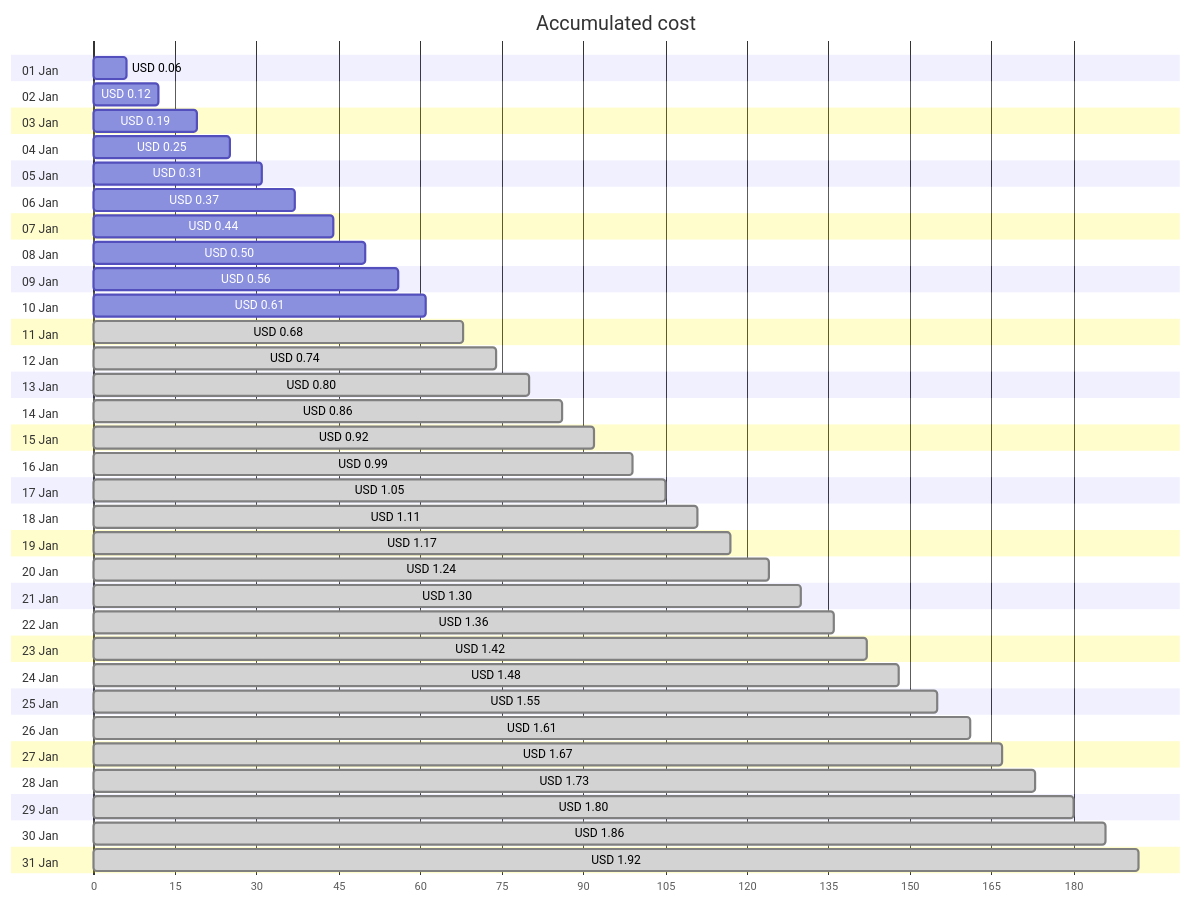
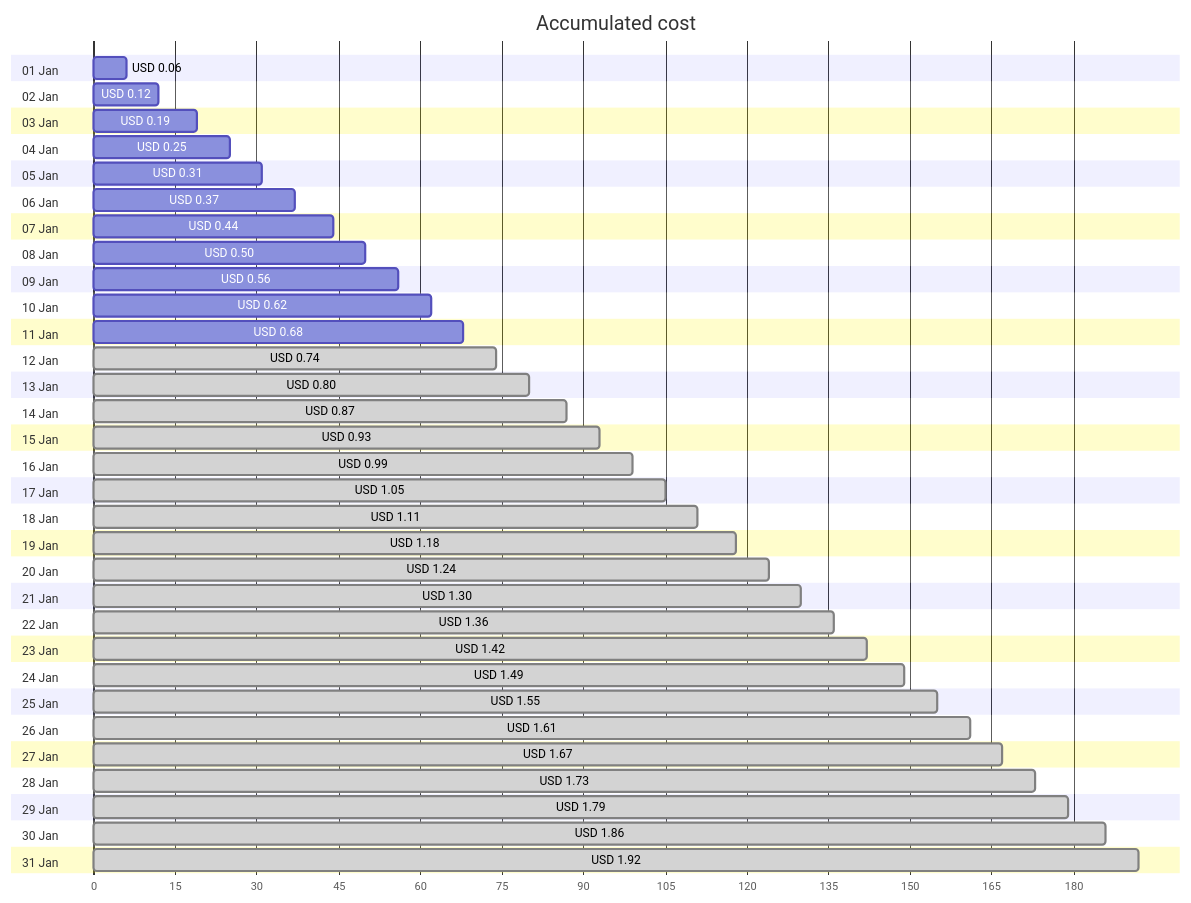
The first of 4 diagrams in cost-reports/personal-network/vpn-server_OsDisk.md (jpfulton/azure-personal-reports), drawn with Mermaid before and after one commit. The commit also changed other lines of this file and 8 other files, not shown here.

````diff
--- a/cost-reports/personal-network/vpn-server_OsDisk.md
+++ b/cost-reports/personal-network/vpn-server_OsDisk.md
@@ -20,68 +20,68 @@
 ```mermaid
 gantt
    title Accumulated cost
    dateFormat  X
    axisFormat %s
    section 01 Jan
    USD 0.06 :0, 6
    section 02 Jan
    USD 0.12 :0, 12
    section 03 Jan
    USD 0.19 :0, 19
    section 04 Jan
    USD 0.25 :0, 25
    section 05 Jan
    USD 0.31 :0, 31
    section 06 Jan
    USD 0.37 :0, 37
    section 07 Jan
    USD 0.44 :0, 44
    section 08 Jan
    USD 0.50 :0, 50
    section 09 Jan
    USD 0.56 :0, 56
    section 10 Jan
-   USD 0.61 :0, 61
+   USD 0.62 :0, 62
    section 11 Jan
-   USD 0.68 : done, 0, 68
+   USD 0.68 :0, 68
    section 12 Jan
    USD 0.74 : done, 0, 74
    section 13 Jan
    USD 0.80 : done, 0, 80
    section 14 Jan
-   USD 0.86 : done, 0, 86
+   USD 0.87 : done, 0, 87
    section 15 Jan
-   USD 0.92 : done, 0, 92
+   USD 0.93 : done, 0, 93
    section 16 Jan
    USD 0.99 : done, 0, 99
    section 17 Jan
    USD 1.05 : done, 0, 105
    section 18 Jan
    USD 1.11 : done, 0, 111
    section 19 Jan
-   USD 1.17 : done, 0, 117
+   USD 1.18 : done, 0, 118
    section 20 Jan
    USD 1.24 : done, 0, 124
    section 21 Jan
    USD 1.30 : done, 0, 130
    section 22 Jan
    USD 1.36 : done, 0, 136
    section 23 Jan
    USD 1.42 : done, 0, 142
    section 24 Jan
-   USD 1.48 : done, 0, 148
+   USD 1.49 : done, 0, 149
    section 25 Jan
    USD 1.55 : done, 0, 155
    section 26 Jan
    USD 1.61 : done, 0, 161
    section 27 Jan
    USD 1.67 : done, 0, 167
    section 28 Jan
    USD 1.73 : done, 0, 173
    section 29 Jan
-   USD 1.80 : done, 0, 180
+   USD 1.79 : done, 0, 179
    section 30 Jan
    USD 1.86 : done, 0, 186
    section 31 Jan
    USD 1.92 : done, 0, 192
 ```
````
